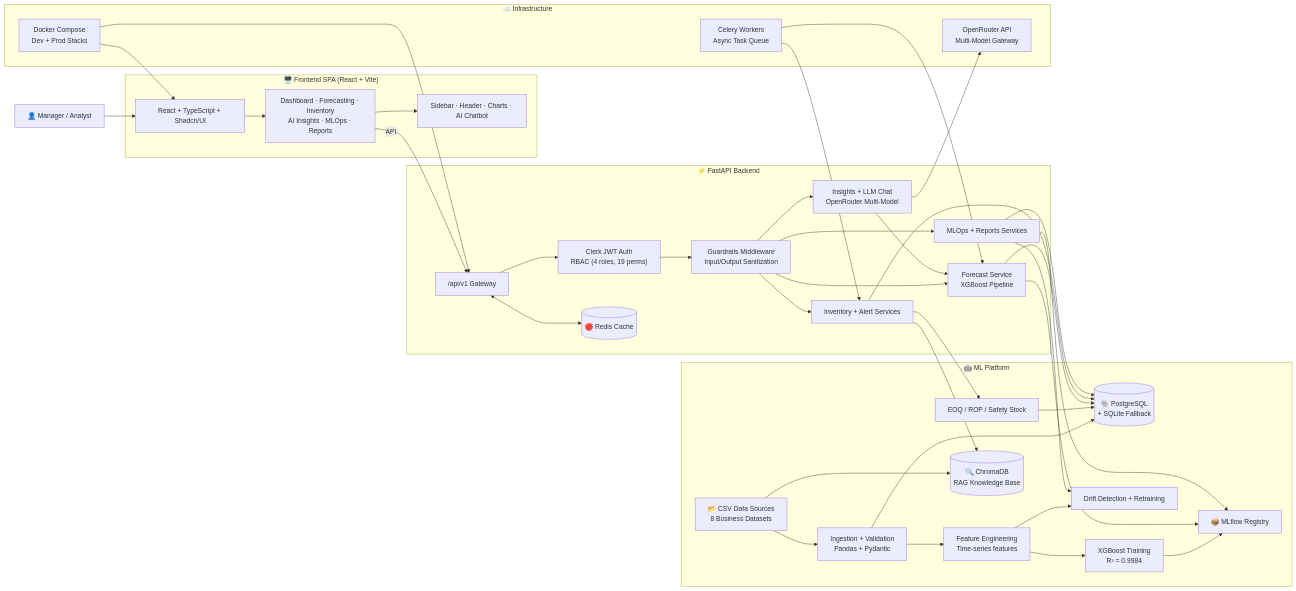
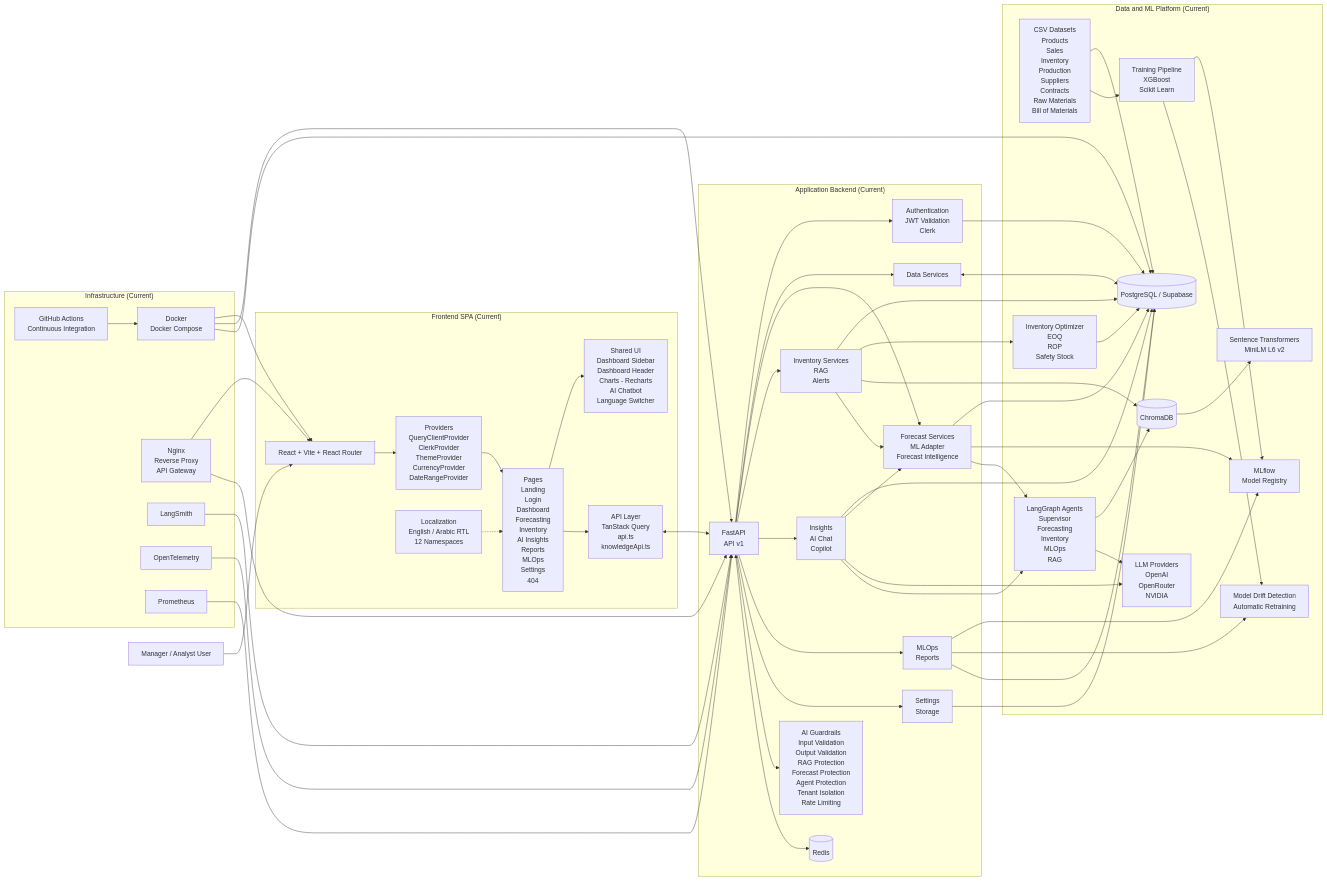
One commit to IbrahimAbdelsattar/SupplyMindAI changed the first of 11 diagrams in README.md. Above: the diagram before and after it, drawn with Mermaid. The commit also changed other lines of this file, not shown here.

````diff
--- a/README.md
+++ b/README.md
@@ -214,56 +210,114 @@
 ```mermaid
 flowchart LR
-    user["👤 Manager / Analyst"]
+    user["Manager / Analyst User"]
 
-    subgraph FE["🖥️ Frontend SPA (React + Vite)"]
-        app["React + TypeScript + Shadcn/UI"]
-        pages["Dashboard · Forecasting · Inventory\nAI Insights · MLOps · Reports"]
-        shared["Sidebar · Header · Charts · AI Chatbot"]
-        app --> pages --> shared
+    subgraph FE["Frontend SPA (Current)"]
+        app["React + Vite + React Router"]
+        providers["Providers<br/>QueryClientProvider<br/>ClerkProvider<br/>ThemeProvider<br/>CurrencyProvider<br/>DateRangeProvider"]
+        pages["Pages<br/>Landing<br/>Login<br/>Dashboard<br/>Forecasting<br/>Inventory<br/>AI Insights<br/>Reports<br/>MLOps<br/>Settings<br/>404"]
+        shared["Shared UI<br/>Dashboard Sidebar<br/>Dashboard Header<br/>Charts - Recharts<br/>AI Chatbot<br/>Language Switcher"]
+        i18n["Localization<br/>English / Arabic RTL<br/>12 Namespaces"]
+        apiClient["API Layer<br/>TanStack Query<br/>api.ts<br/>knowledgeApi.ts"]
+
+        app --> providers
+        providers --> pages
+        pages --> shared
+        pages --> apiClient
+        i18n -.-> pages
     end
 
-    subgraph API["⚡ FastAPI Backend"]
-        gateway["/api/v1 Gateway"]
-        auth["Clerk JWT Auth\nRBAC (4 roles, 19 perms)"]
-        guardrails["Guardrails Middleware\nInput/Output Sanitization"]
-        forecastSvc["Forecast Service\nXGBoost Pipeline"]
-        inventorySvc["Inventory + Alert Services"]
-        insightSvc["Insights + LLM Chat\nOpenRouter Multi-Model"]
-        mlopsSvc["MLOps + Reports Services"]
-        cache[("🔴 Redis Cache")]
-        gateway --> auth --> guardrails --> forecastSvc & inventorySvc & insightSvc & mlopsSvc
+    subgraph API["Application Backend (Current)"]
+        gateway["FastAPI<br/>API v1"]
+        auth["Authentication<br/>JWT Validation<br/>Clerk"]
+        dataSvc["Data Services"]
+        forecastSvc["Forecast Services<br/>ML Adapter<br/>Forecast Intelligence"]
+        inventorySvc["Inventory Services<br/>RAG<br/>Alerts"]
+        insightSvc["Insights<br/>AI Chat<br/>Copilot"]
+        mlopsSvc["MLOps<br/>Reports"]
+        settingsSvc["Settings<br/>Storage"]
+        cache[("Redis")]
+        guardrails["AI Guardrails<br/>Input Validation<br/>Output Validation<br/>RAG Protection<br/>Forecast Protection<br/>Agent Protection<br/>Tenant Isolation<br/>Rate Limiting"]
+
+        gateway --> auth
+        gateway --> dataSvc
+        gateway --> forecastSvc
+        gateway --> inventorySvc
+        gateway --> insightSvc
+        gateway --> mlopsSvc
+        gateway --> settingsSvc
+        gateway --> guardrails
         gateway <--> cache
     end
 
-    subgraph DATA["🤖 ML Platform"]
-        raw["📂 CSV Data Sources\n8 Business Datasets"]
-        ingest["Ingestion + Validation\nPandas + Pydantic"]
-        features["Feature Engineering\nTime-series features"]
-        postgres[("🐘 PostgreSQL\n+ SQLite Fallback")]
-        training["XGBoost Training\nR² = 0.9984"]
-        registry["📦 MLflow Registry"]
-        drift["Drift Detection + Retraining"]
-        optimizer["EOQ / ROP / Safety Stock"]
-        vector[("🔍 ChromaDB\nRAG Knowledge Base")]
-        raw --> ingest --> features --> training --> registry
-        ingest --> postgres
-        features --> drift
-        raw --> vector
+    subgraph DATA["Data and ML Platform (Current)"]
+        raw["CSV Datasets<br/>Products<br/>Sales<br/>Inventory<br/>Production<br/>Suppliers<br/>Contracts<br/>Raw Materials<br/>Bill of Materials"]
+        postgres[("PostgreSQL / Supabase")]
+        training["Training Pipeline<br/>XGBoost<br/>Scikit Learn"]
+        registry["MLflow<br/>Model Registry"]
+        drift["Model Drift Detection<br/>Automatic Retraining"]
+        optimizer["Inventory Optimizer<br/>EOQ<br/>ROP<br/>Safety Stock"]
+        vector[("ChromaDB")]
+        embeddings["Sentence Transformers<br/>MiniLM L6 v2"]
+        agentGraph["LangGraph Agents<br/>Supervisor<br/>Forecasting<br/>Inventory<br/>MLOps<br/>RAG"]
+        llmClient["LLM Providers<br/>OpenAI<br/>OpenRouter<br/>NVIDIA"]
+
+        raw --> postgres
+        raw --> training
+        training --> registry
+        training --> drift
+        vector --> embeddings
+        agentGraph --> vector
+        agentGraph --> llmClient
         optimizer --> postgres
     end
 
-    subgraph CLOUD["☁️ Infrastructure"]
-        llm["OpenRouter API\nMulti-Model Gateway"]
-        celery["Celery Workers\nAsync Task Queue"]
-        docker["Docker Compose\nDev + Prod Stacks"]
+    subgraph INFRA["Infrastructure (Current)"]
+        docker["Docker<br/>Docker Compose"]
+        nginx["Nginx<br/>Reverse Proxy<br/>API Gateway"]
+        langsmith["LangSmith"]
+        otel["OpenTelemetry"]
+        prom["Prometheus"]
+        ci["GitHub Actions<br/>Continuous Integration"]
     end
 
     user --> app
-    pages -->|"API"| gateway
-    forecastSvc --> postgres & registry
-    inventorySvc --> postgres & optimizer & vector
-    insightSvc --> forecastSvc & llm
-    mlopsSvc --> registry & drift & postgres
-    docker --> app & gateway
-    celery --> forecastSvc & inventorySvc
+
+    apiClient <--> gateway
+
+    dataSvc <--> postgres
+
+    auth --> postgres
+
+    forecastSvc --> postgres
+    forecastSvc --> registry
+    forecastSvc --> agentGraph
+
+    inventorySvc --> postgres
+    inventorySvc --> optimizer
+    inventorySvc --> vector
+    inventorySvc --> forecastSvc
+
+    insightSvc --> postgres
+    insightSvc --> forecastSvc
+    insightSvc --> llmClient
+    insightSvc --> agentGraph
+
+    mlopsSvc --> registry
+    mlopsSvc --> drift
+    mlopsSvc --> postgres
+
+    settingsSvc --> postgres
+
+    docker --> app
+    docker --> gateway
+    docker --> postgres
+
+    nginx --> app
+    nginx --> gateway
+
+    langsmith --> gateway
+    otel --> gateway
+    prom --> gateway
+
+    ci --> docker
 ```
````
